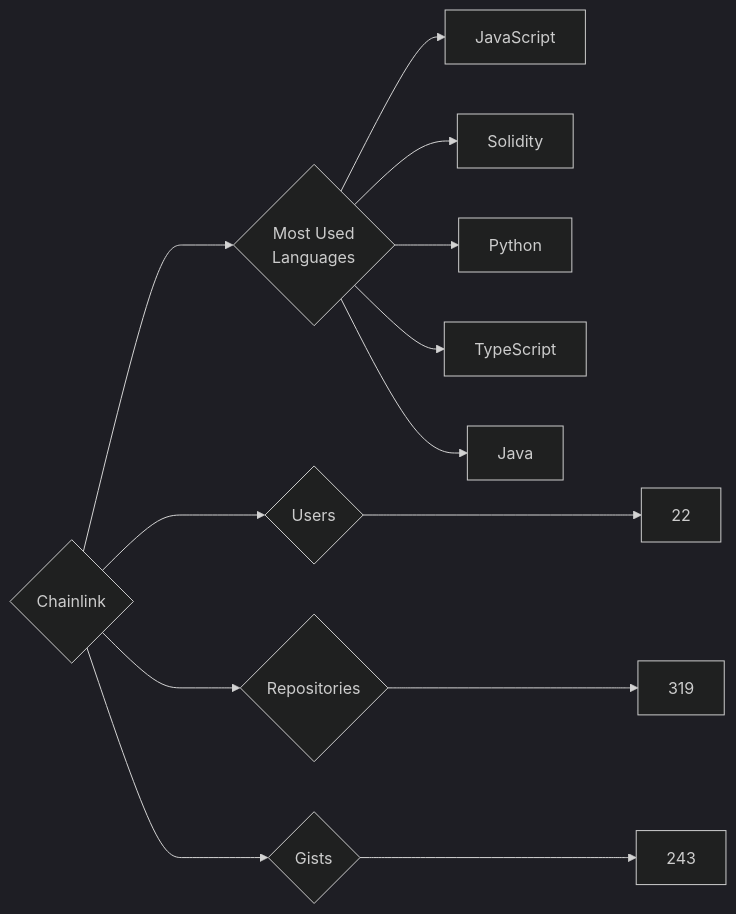
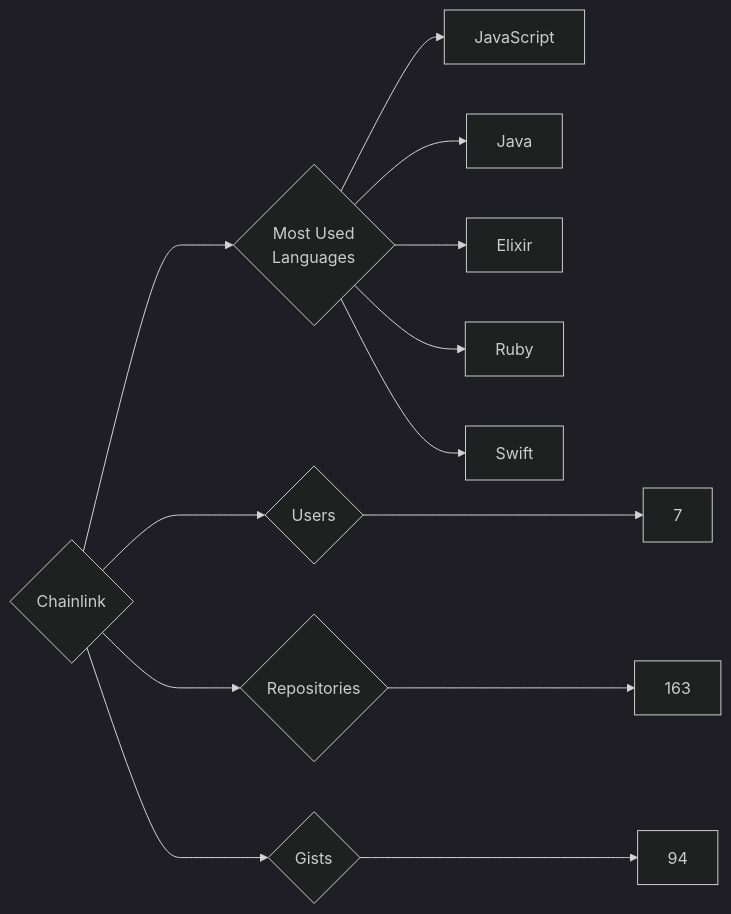
Before and after one commit to trickest/insiders: the diagram in targets/Chainlink/README.md, drawn with Mermaid (dark theme). The commit also changed 932 other files, not shown here.

````diff
--- a/targets/Chainlink/README.md
+++ b/targets/Chainlink/README.md
@@ -3,13 +3,13 @@
 ```mermaid
 graph LR
 COMPANY_NAME{Chainlink}
-COMPANY_NAME ---> U{Users} ---> UN[22]
-COMPANY_NAME ---> R{Repositories} ---> RN[319]
-COMPANY_NAME ---> G{Gists} ---> GN[243]
+COMPANY_NAME ---> U{Users} ---> UN[7]
+COMPANY_NAME ---> R{Repositories} ---> RN[163]
+COMPANY_NAME ---> G{Gists} ---> GN[94]
 COMPANY_NAME ---> ML{Most Used<br>Languages}
 ML --> JavaScript[JavaScript]
-ML --> Solidity[Solidity]
-ML --> Python[Python]
-ML --> TypeScript[TypeScript]
 ML --> Java[Java]
+ML --> Elixir[Elixir]
+ML --> Ruby[Ruby]
+ML --> Swift[Swift]
 ```
````
